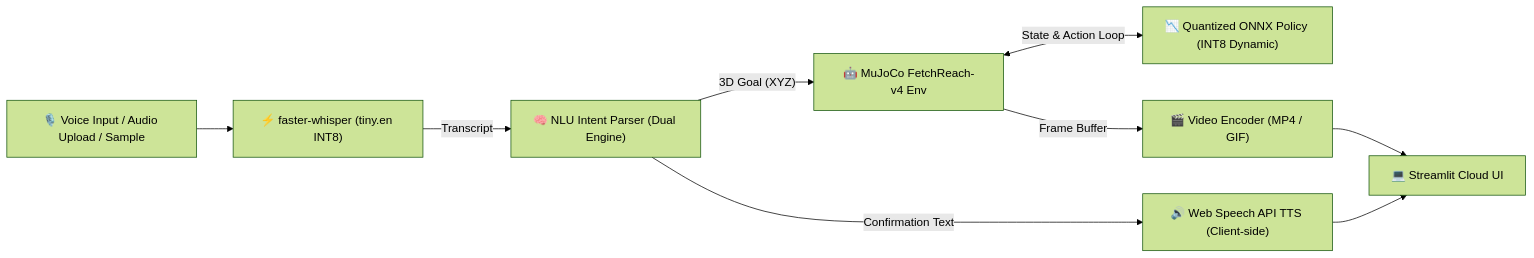
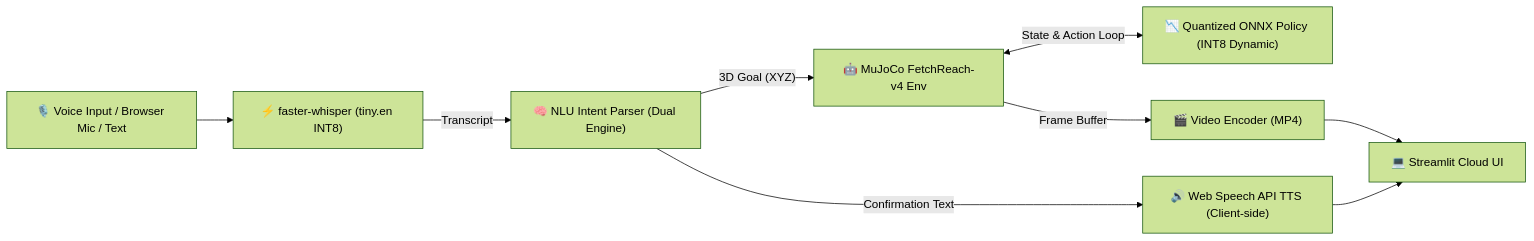
Before and after one commit to Saksham-19-cyber/voice-robot-arm-edge: the diagram in README.md, drawn with Mermaid (forest theme). The commit also changed other lines of this file and 18 other files, not shown here.

````diff
--- a/README.md
+++ b/README.md
@@ -14,11 +13,11 @@
 ```mermaid
 flowchart LR
-    A["🎙️ Voice Input / Audio Upload / Sample"] --> B["⚡ faster-whisper (tiny.en INT8)"]
+    A["🎙️ Voice Input / Browser Mic / Text"] --> B["⚡ faster-whisper (tiny.en INT8)"]
     B -->|"Transcript"| C["🧠 NLU Intent Parser (Dual Engine)"]
     C -->|"3D Goal (XYZ)"| D["🤖 MuJoCo FetchReach-v4 Env"]
     D <-->|"State & Action Loop"| E["📉 Quantized ONNX Policy (INT8 Dynamic)"]
-    D -->|"Frame Buffer"| F["🎬 Video Encoder (MP4 / GIF)"]
+    D -->|"Frame Buffer"| F["🎬 Video Encoder (MP4)"]
     C -->|"Confirmation Text"| G["🔊 Web Speech API TTS (Client-side)"]
     F --> H["💻 Streamlit Cloud UI"]
     G --> H
 ```
````
